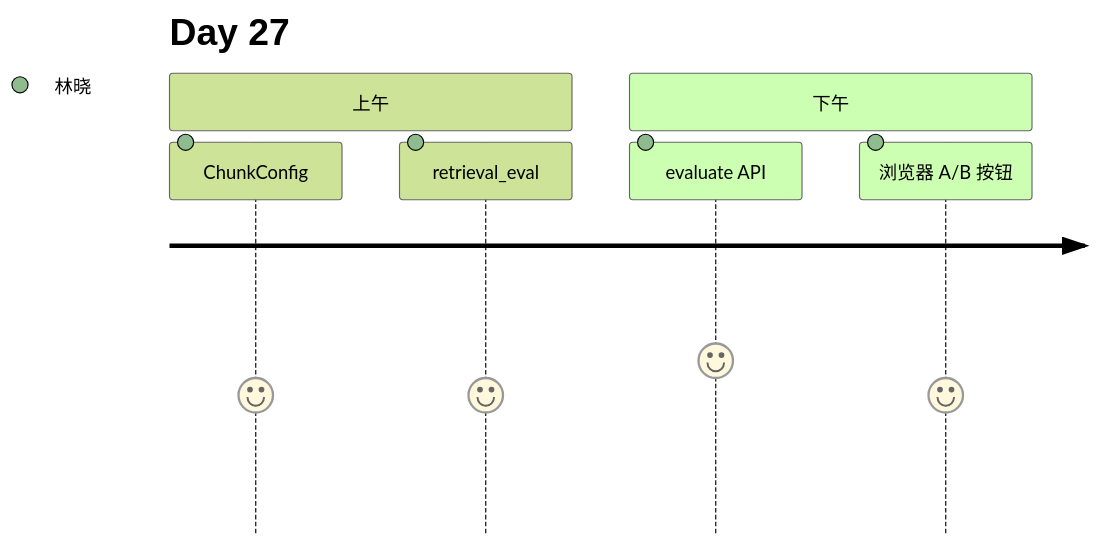
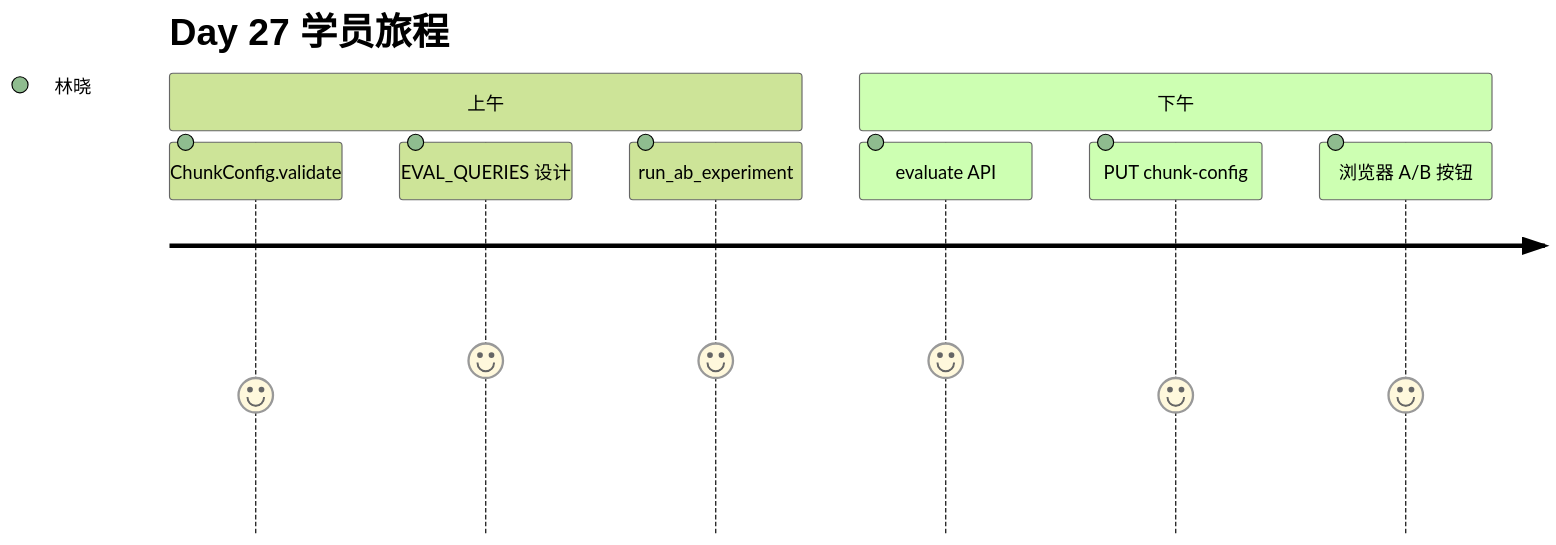
Before and after one commit to ab6539763/70_days_course_plus: the diagram in course/day27/00_旁白解读.md, drawn with Mermaid (forest theme). The commit also changed other lines of this file and 229 other files, not shown here.

````diff
--- a/course/day27/00_旁白解读.md
+++ b/course/day27/00_旁白解读.md
@@ -9,10 +20,12 @@
 ```mermaid
 journey
-    title Day 27
+    title Day 27 学员旅程
     section 上午
-      ChunkConfig: 4: 林晓
-      retrieval_eval: 4: 林晓
+      ChunkConfig.validate: 4: 林晓
+      EVAL_QUERIES 设计: 5: 林晓
+      run_ab_experiment: 5: 林晓
     section 下午
       evaluate API: 5: 林晓
+      PUT chunk-config: 4: 林晓
       浏览器 A/B 按钮: 4: 林晓
 ```
````
